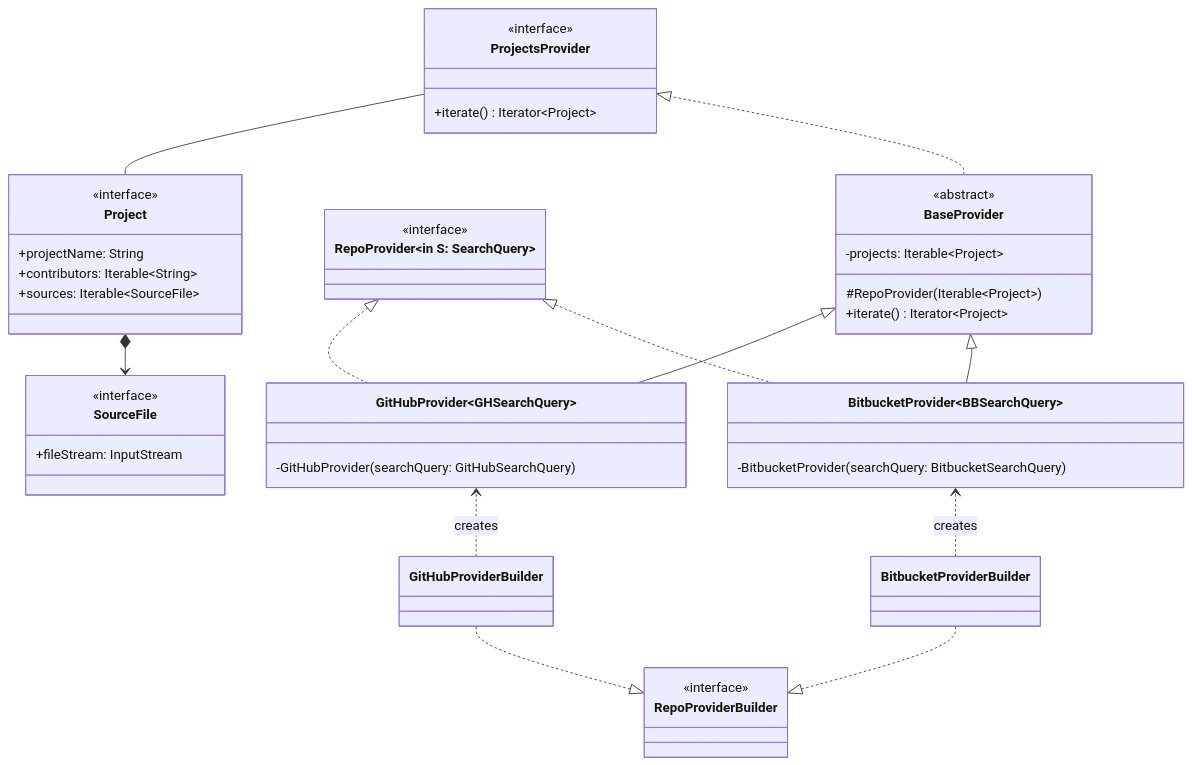
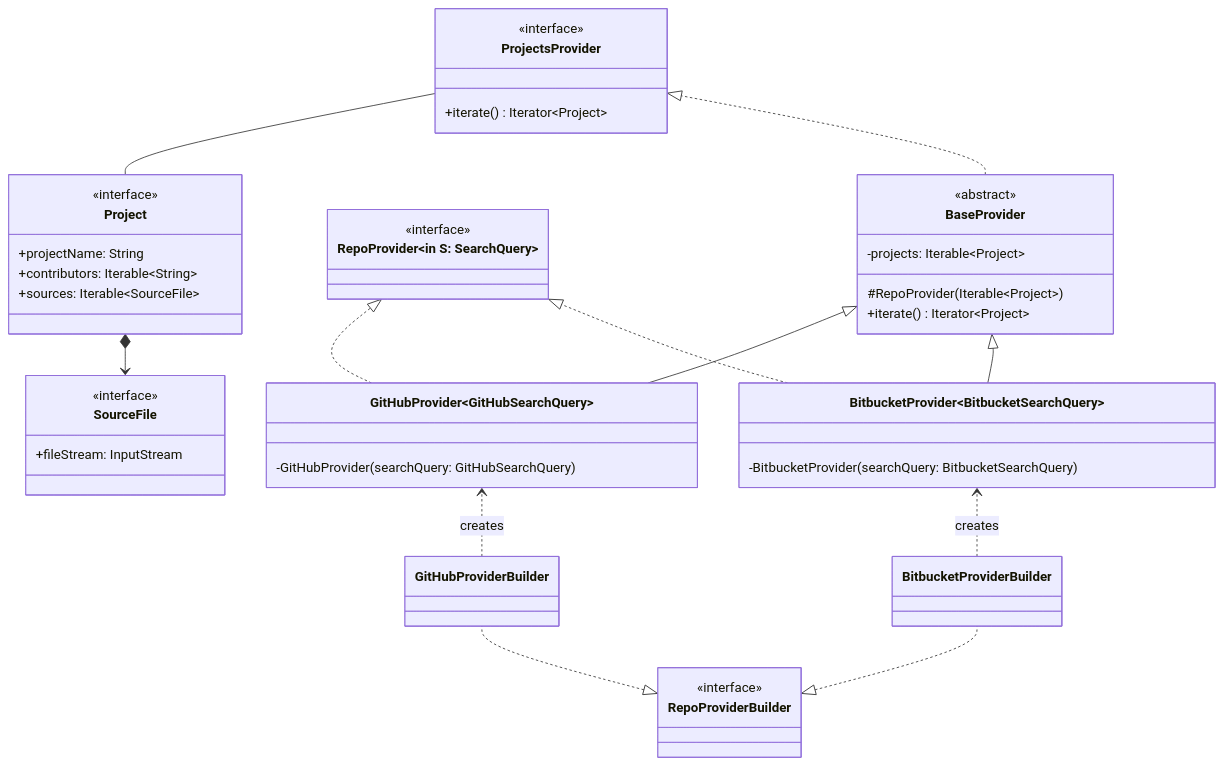
Before and after one commit to tassiLuca/code-plagiarism-detector-doc: the third of 8 diagrams in doc.md, drawn with Mermaid.

Commit message:
docs: updated names

````diff
--- a/doc.md
+++ b/doc.md
@@ -122,56 +122,56 @@
 ```mermaid
 classDiagram
     direction BT
     class Project {
         <<interface>>
         +projectName: String
         +contributors: Iterable~String~
         +sources: Iterable~SourceFile~
     }
     class SourceFile {
         <<interface>>
         +fileStream: InputStream
     }
     SourceFile <--* Project
 
     class ProjectsProvider {
         <<interface>>
         +iterate() Iterator~Project~
     }
     Project -- ProjectsProvider
 
     class RepoProvider~in S: SearchQuery~ {
         <<interface>>
     }
 
-    class GitHubProvider~GHSearchQuery~ {
+    class GitHubProvider~GitHubSearchQuery~ {
         -GitHubProvider(searchQuery: GitHubSearchQuery)
     }
-    class BitbucketProvider~BBSearchQuery~ {
+    class BitbucketProvider~BitbucketSearchQuery~ {
         -BitbucketProvider(searchQuery: BitbucketSearchQuery)
     }
 
     GitHubProvider ..|> RepoProvider
     BitbucketProvider ..|> RepoProvider
 
     class BaseProvider {
         <<abstract>>
         -projects: Iterable~Project~
         #RepoProvider(Iterable~Project~)
         +iterate() Iterator~Project~
     }
     
     BaseProvider ..|> ProjectsProvider
     GitHubProvider --|> BaseProvider
     BitbucketProvider --|> BaseProvider
 
     class RepoProviderBuilder {
         <<interface>>
     }
     class GitHubProviderBuilder
     class BitbucketProviderBuilder
     RepoProviderBuilder <|.. GitHubProviderBuilder
     RepoProviderBuilder <|.. BitbucketProviderBuilder
     GitHubProviderBuilder ..> GitHubProvider: creates
     BitbucketProviderBuilder ..> BitbucketProvider: creates
 ```
````
